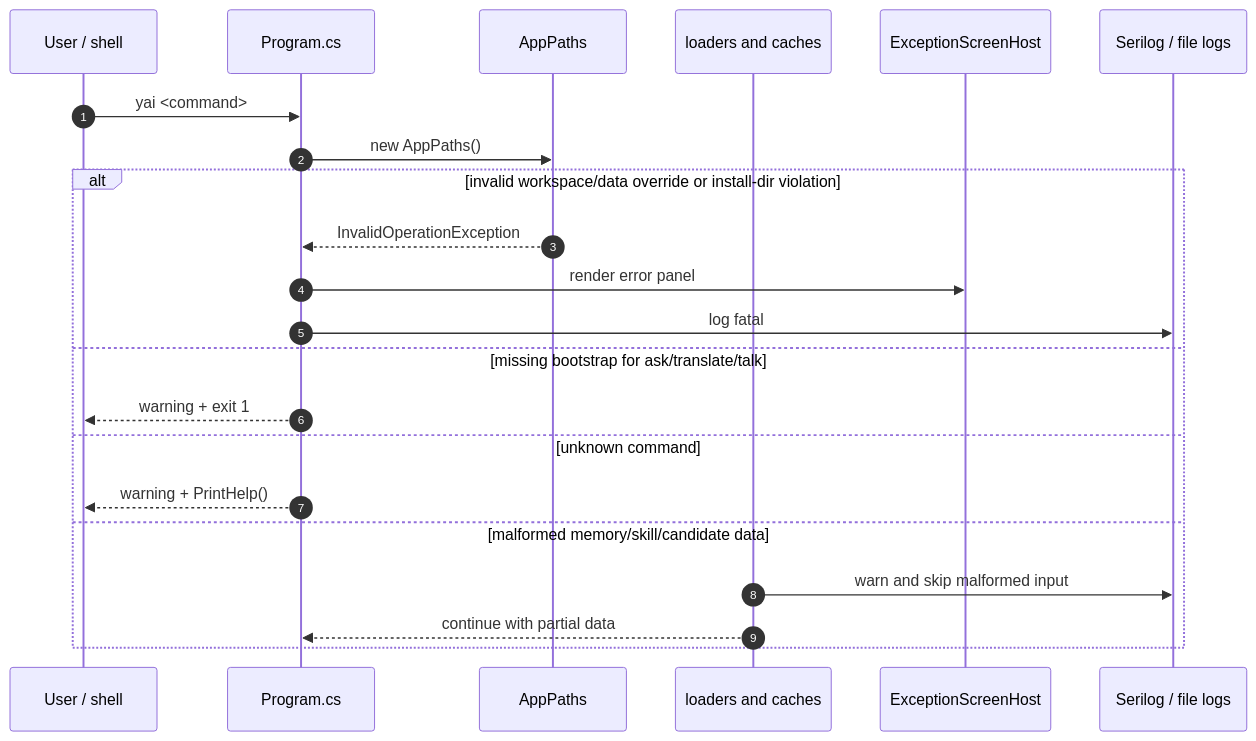
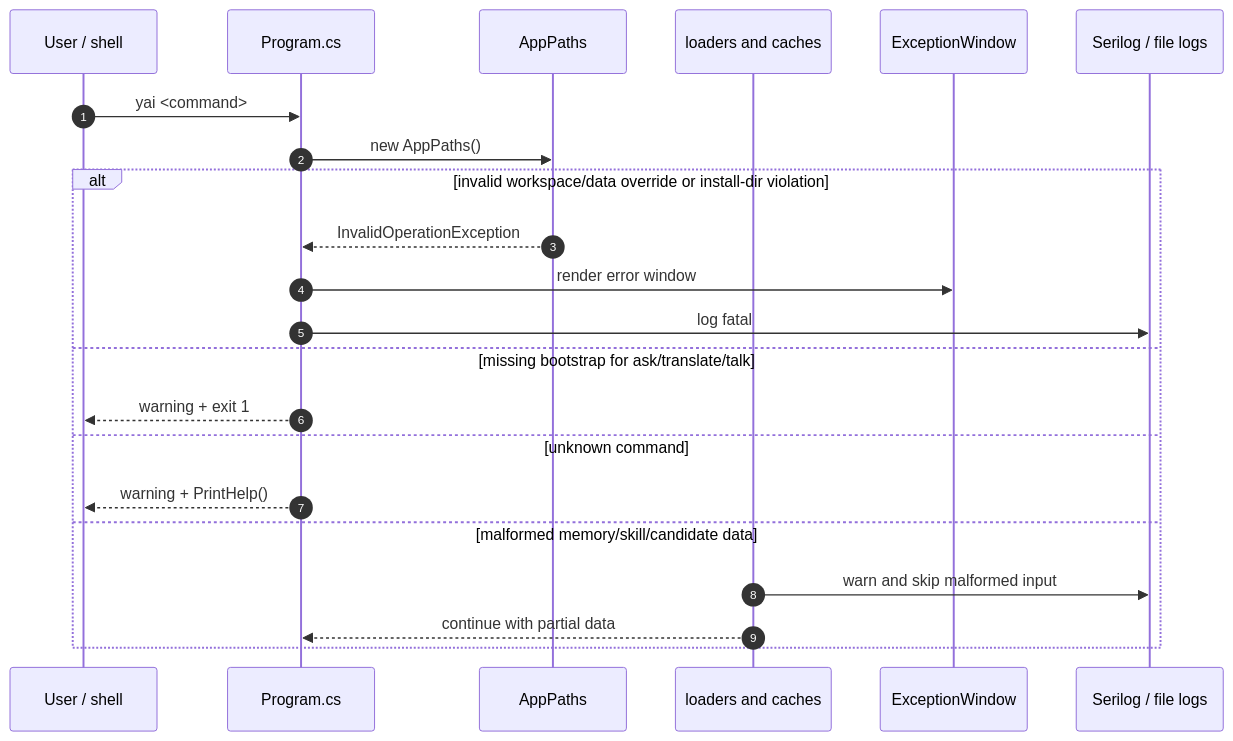
The tenth of 14 diagrams in docs/specs/diagrams/2026-04-25-cli-flows-and-architecture.md (umbertotechnopreneur/YAi), drawn with Mermaid before and after one commit. The commit also changed other lines of this file and 65 other files, not shown here.

````diff
--- a/docs/specs/diagrams/2026-04-25-cli-flows-and-architecture.md
+++ b/docs/specs/diagrams/2026-04-25-cli-flows-and-architecture.md
@@ -430,26 +429,26 @@
 ```mermaid
 sequenceDiagram
     autonumber
     participant Shell as User / shell
     participant Program as Program.cs
     participant Paths as AppPaths
     participant Loaders as loaders and caches
-    participant Exceptions as ExceptionScreenHost
+    participant Exceptions as ExceptionWindow
     participant Log as Serilog / file logs
 
     Shell->>Program: yai <command>
     Program->>Paths: new AppPaths()
 
     alt invalid workspace/data override or install-dir violation
         Paths-->>Program: InvalidOperationException
-        Program->>Exceptions: render error panel
+        Program->>Exceptions: render error window
         Program->>Log: log fatal
     else missing bootstrap for ask/translate/talk
         Program-->>Shell: warning + exit 1
     else unknown command
         Program-->>Shell: warning + PrintHelp()
     else malformed memory/skill/candidate data
         Loaders->>Log: warn and skip malformed input
         Loaders-->>Program: continue with partial data
     end
 ```
````
